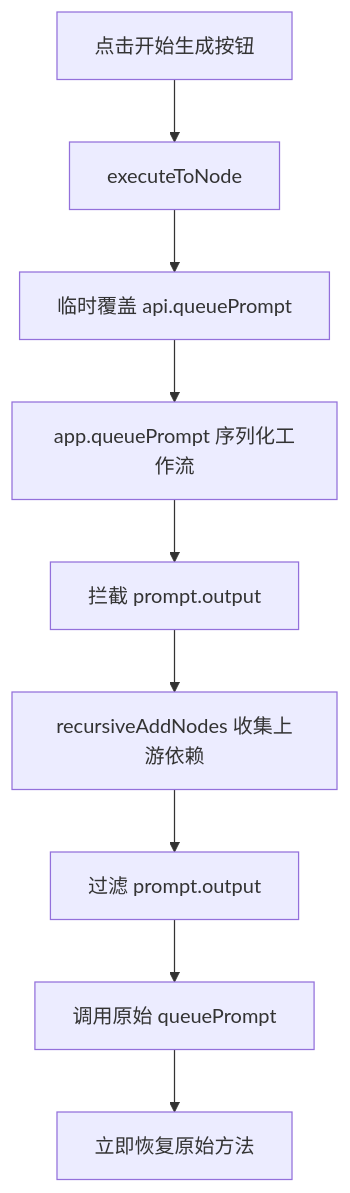
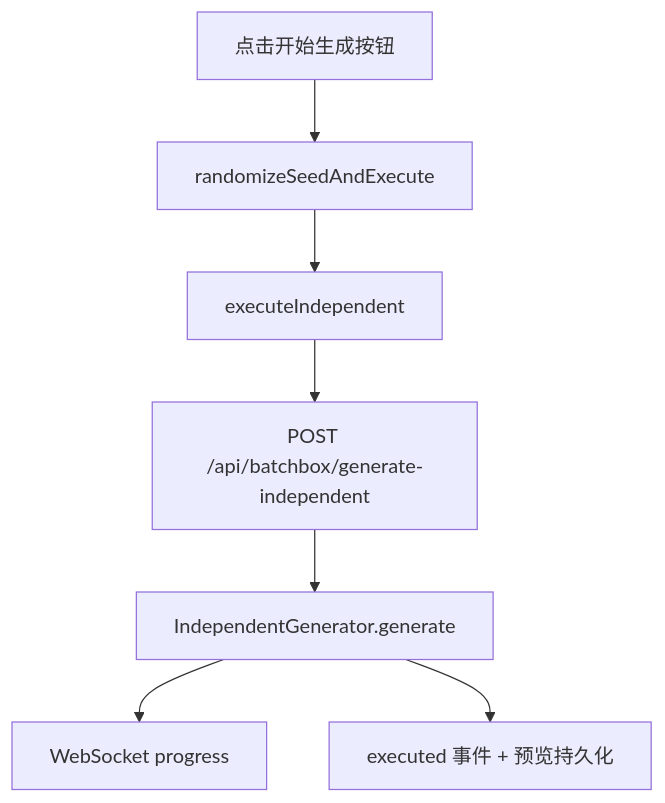
The ninth of 16 diagrams in ARCHITECTURE.md (RexGrey/ComfyUI-Custom-Batchbox), drawn with Mermaid before and after one commit. The commit also changed other lines of this file and 5 other files, not shown here.

````diff
--- a/ARCHITECTURE.md
+++ b/ARCHITECTURE.md
@@ -624,11 +554,9 @@
 ```mermaid
 flowchart TD
-    A[点击开始生成按钮] --> B[executeToNode]
-    B --> C[临时覆盖 api.queuePrompt]
-    C --> D[app.queuePrompt 序列化工作流]
-    D --> E[拦截 prompt.output]
-    E --> F[recursiveAddNodes 收集上游依赖]
-    F --> G[过滤 prompt.output]
-    G --> H[调用原始 queuePrompt]
-    H --> I[立即恢复原始方法]
+    A[点击开始生成按钮] --> B[randomizeSeedAndExecute]
+    B --> C[executeIndependent]
+    C --> D[POST /api/batchbox/generate-independent]
+    D --> E[IndependentGenerator.generate]
+    E --> F[WebSocket progress]
+    E --> G[executed 事件 + 预览持久化]
 ```
````
